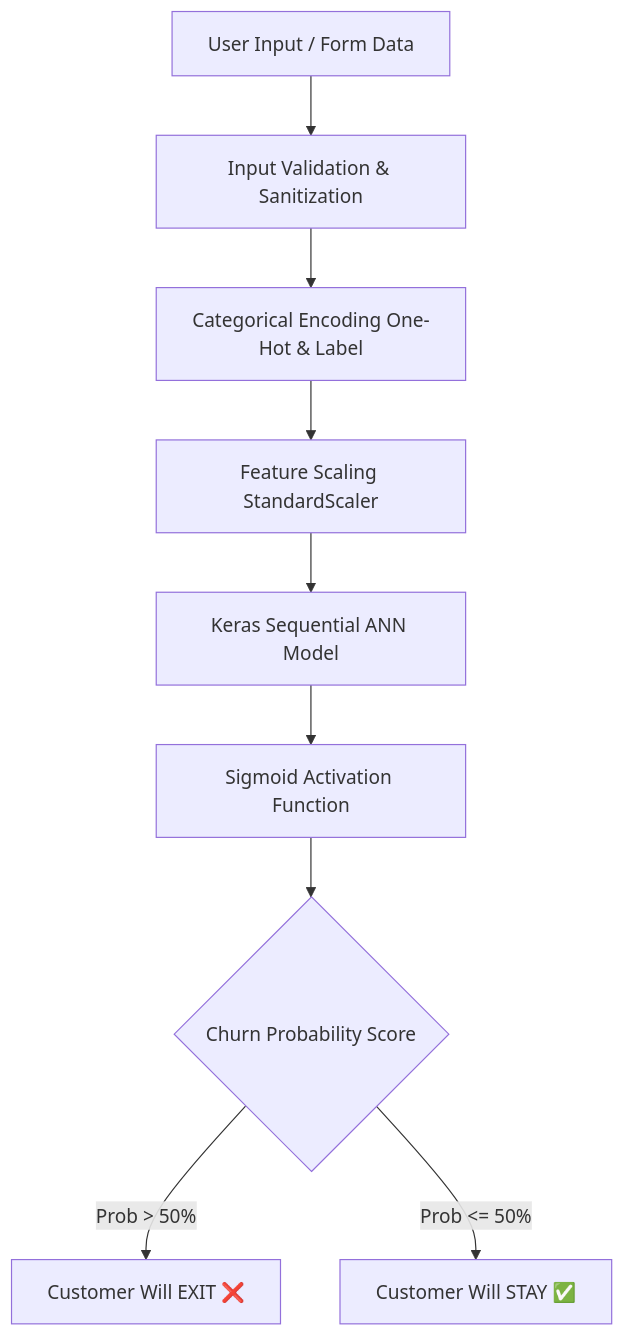
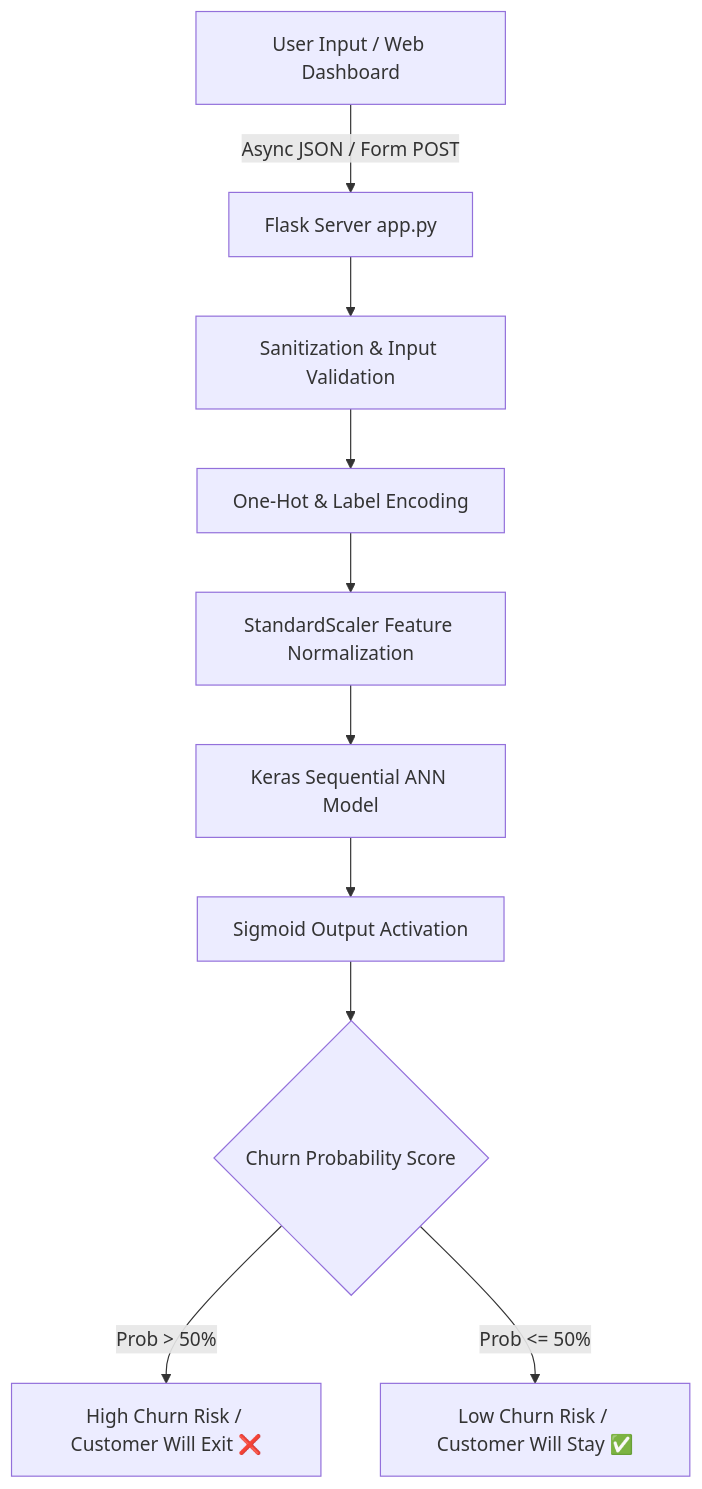
Before and after one commit to Krish2600/churn-probability-predictor: the diagram in README.md, drawn with Mermaid. The commit also changed other lines of this file and 11 other files, not shown here.

````diff
--- a/README.md
+++ b/README.md
@@ -37,11 +39,12 @@
 ```mermaid
 graph TD
-    A[User Input / Form Data] --> B[Input Validation & Sanitization]
-    B --> C[Categorical Encoding One-Hot & Label]
-    C --> D[Feature Scaling StandardScaler]
-    D --> E[Keras Sequential ANN Model]
-    E --> F[Sigmoid Activation Function]
-    F --> G{Churn Probability Score}
-    G -- "Prob > 50%" --> H[Customer Will EXIT ❌]
-    G -- "Prob <= 50%" --> I[Customer Will STAY ✅]
+    A[User Input / Web Dashboard] -->|Async JSON / Form POST| B[Flask Server app.py]
+    B --> C[Sanitization & Input Validation]
+    C --> D[One-Hot & Label Encoding]
+    D --> E[StandardScaler Feature Normalization]
+    E --> F[Keras Sequential ANN Model]
+    F --> G[Sigmoid Output Activation]
+    G --> H{Churn Probability Score}
+    H -- "Prob > 50%" --> I[High Churn Risk / Customer Will Exit ❌]
+    H -- "Prob <= 50%" --> J[Low Churn Risk / Customer Will Stay ✅]
 ```
````
